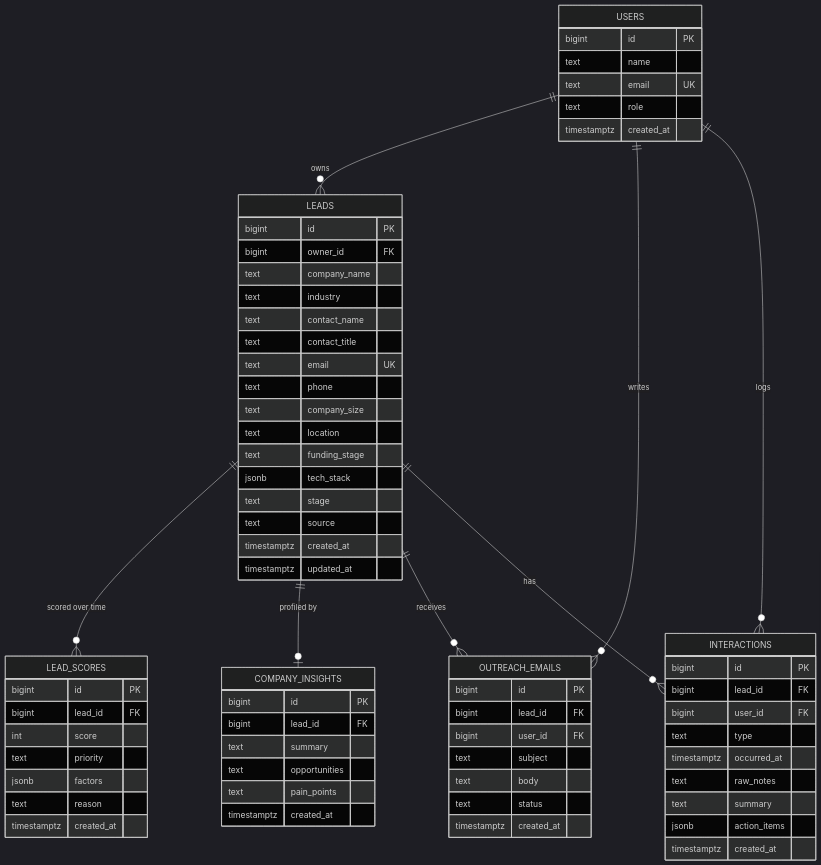
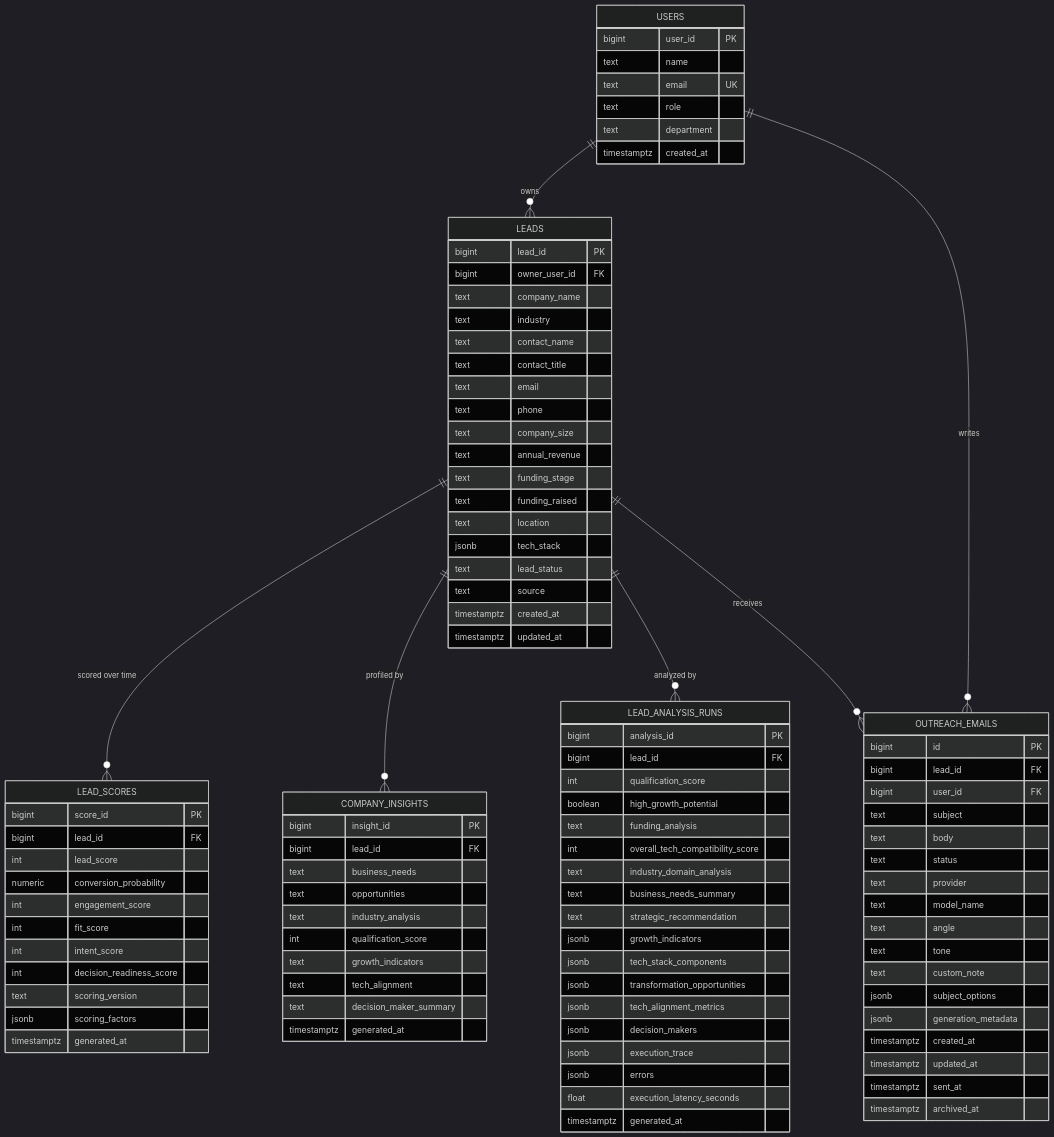
One commit to CodeMaster11000/AI-Powered_Intelligent_Sales_Forecasting_Platform_using_Predictive_Analytics-TEAM-B changed the diagram in docs/design/database/er-diagram.mmd. Above: the diagram before and after it, drawn with Mermaid (dark theme). The commit also changed 10 other files, not shown here.

```diff
--- a/docs/design/database/er-diagram.mmd
+++ b/docs/design/database/er-diagram.mmd
@@ -1,71 +1,100 @@
 erDiagram
     USERS ||--o{ LEADS : owns
     USERS ||--o{ OUTREACH_EMAILS : writes
-    USERS ||--o{ INTERACTIONS : logs
     LEADS ||--o{ LEAD_SCORES : "scored over time"
-    LEADS ||--o| COMPANY_INSIGHTS : "profiled by"
+    LEADS ||--o{ COMPANY_INSIGHTS : "profiled by"
+    LEADS ||--o{ LEAD_ANALYSIS_RUNS : "analyzed by"
     LEADS ||--o{ OUTREACH_EMAILS : receives
-    LEADS ||--o{ INTERACTIONS : has
 
     USERS {
-        bigint id PK
+        bigint user_id PK
         text name
         text email UK
         text role
+        text department
         timestamptz created_at
     }
     LEADS {
-        bigint id PK
-        bigint owner_id FK
+        bigint lead_id PK
+        bigint owner_user_id FK
         text company_name
         text industry
         text contact_name
         text contact_title
-        text email UK
+        text email
         text phone
         text company_size
+        text annual_revenue
+        text funding_stage
+        text funding_raised
         text location
-        text funding_stage
         jsonb tech_stack
-        text stage
+        text lead_status
         text source
         timestamptz created_at
         timestamptz updated_at
     }
     LEAD_SCORES {
-        bigint id PK
+        bigint score_id PK
         bigint lead_id FK
-        int score
-        text priority
-        jsonb factors
-        text reason
-        timestamptz created_at
+        int lead_score
+        numeric conversion_probability
+        int engagement_score
+        int fit_score
+        int intent_score
+        int decision_readiness_score
+        text scoring_version
+        jsonb scoring_factors
+        timestamptz generated_at
     }
     COMPANY_INSIGHTS {
-        bigint id PK
+        bigint insight_id PK
         bigint lead_id FK
-        text summary
+        text business_needs
         text opportunities
-        text pain_points
-        timestamptz created_at
+        text industry_analysis
+        int qualification_score
+        text growth_indicators
+        text tech_alignment
+        text decision_maker_summary
+        timestamptz generated_at
+    }
+    LEAD_ANALYSIS_RUNS {
+        bigint analysis_id PK
+        bigint lead_id FK
+        int qualification_score
+        boolean high_growth_potential
+        text funding_analysis
+        int overall_tech_compatibility_score
+        text industry_domain_analysis
+        text business_needs_summary
+        text strategic_recommendation
+        jsonb growth_indicators
+        jsonb tech_stack_components
+        jsonb transformation_opportunities
+        jsonb tech_alignment_metrics
+        jsonb decision_makers
+        jsonb execution_trace
+        jsonb errors
+        float execution_latency_seconds
+        timestamptz generated_at
     }
     OUTREACH_EMAILS {
         bigint id PK
         bigint lead_id FK
         bigint user_id FK
         text subject
         text body
         text status
+        text provider
+        text model_name
+        text angle
+        text tone
+        text custom_note
+        jsonb subject_options
+        jsonb generation_metadata
         timestamptz created_at
+        timestamptz updated_at
+        timestamptz sent_at
+        timestamptz archived_at
     }
-    INTERACTIONS {
-        bigint id PK
-        bigint lead_id FK
-        bigint user_id FK
-        text type
-        timestamptz occurred_at
-        text raw_notes
-        text summary
-        jsonb action_items
-        timestamptz created_at
-    }
```
